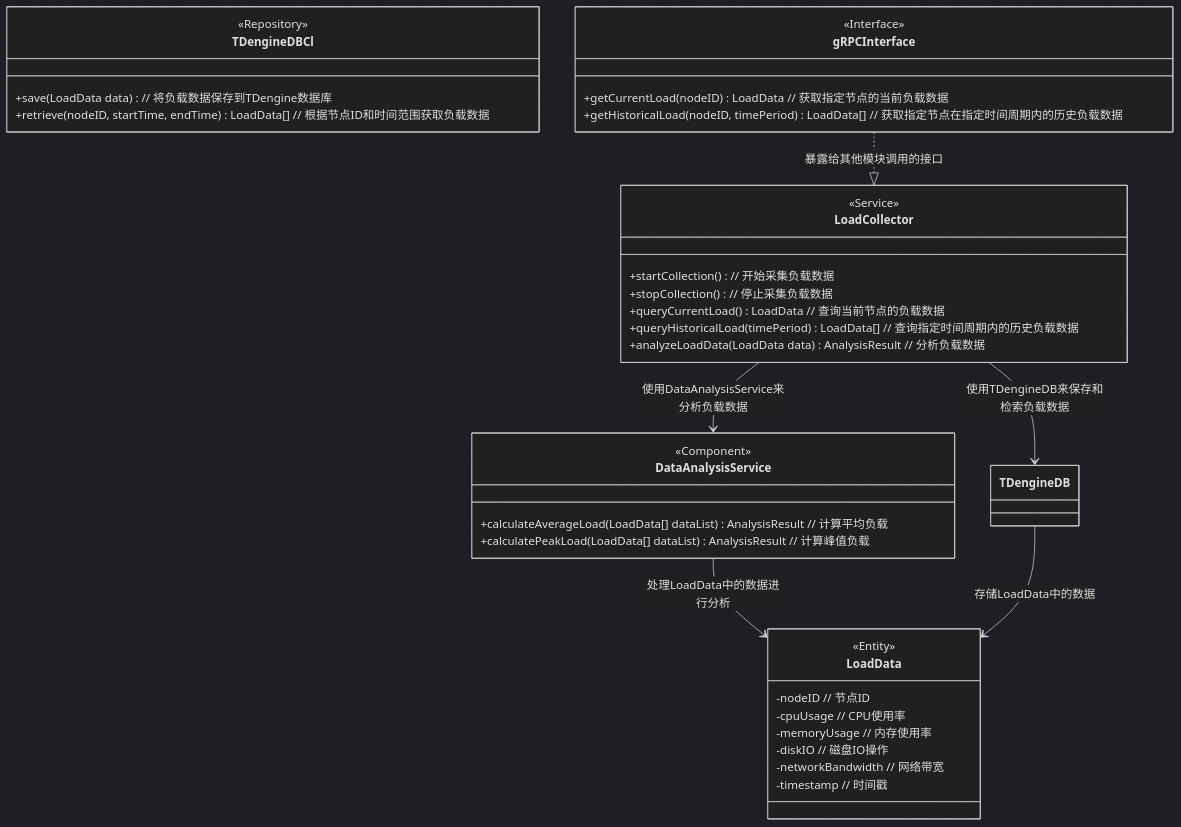
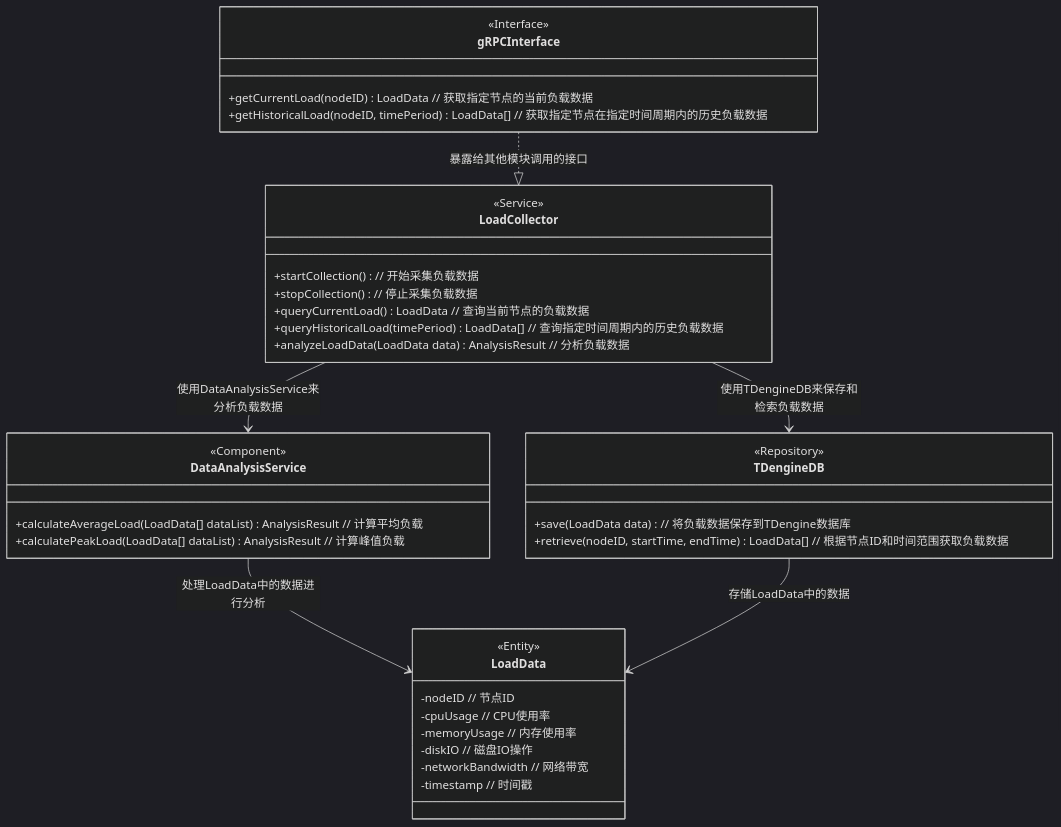
Before and after one commit to jjj960/iodraw-files: the diagram in all/未命名.md, drawn with Mermaid (dark theme).

Commit message:
2025-03-06 17:03:22 update

````diff
--- a/all/未命名.md
+++ b/all/未命名.md
@@ -1,46 +1,46 @@
 ```mermaid
 classDiagram
     class LoadCollector {
         <<Service>> 
         +startCollection()  // 开始采集负载数据
         +stopCollection()  // 停止采集负载数据
         +queryCurrentLoad() LoadData  // 查询当前节点的负载数据
         +queryHistoricalLoad(timePeriod) LoadData[]  // 查询指定时间周期内的历史负载数据
         +analyzeLoadData(LoadData data) AnalysisResult  // 分析负载数据
     }
 
     class LoadData {
         <<Entity>> 
         -nodeID  // 节点ID
         -cpuUsage  // CPU使用率
         -memoryUsage  // 内存使用率
         -diskIO  // 磁盘IO操作
         -networkBandwidth  // 网络带宽
         -timestamp  // 时间戳
     }
 
-    class TDengineDBCl {
+    class TDengineDB {
         <<Repository>>
         +save(LoadData data)  // 将负载数据保存到TDengine数据库
         +retrieve(nodeID, startTime, endTime) LoadData[]  // 根据节点ID和时间范围获取负载数据
     }
 
     class DataAnalysisService {
         <<Component>> 
         +calculateAverageLoad(LoadData[] dataList) AnalysisResult  // 计算平均负载
         +calculatePeakLoad(LoadData[] dataList) AnalysisResult  // 计算峰值负载
     }
 
     LoadCollector --> TDengineDB : 使用TDengineDB来保存和检索负载数据
     LoadCollector --> DataAnalysisService : 使用DataAnalysisService来分析负载数据
     DataAnalysisService --> LoadData : 处理LoadData中的数据进行分析
     TDengineDB --> LoadData : 存储LoadData中的数据
 
     class gRPCInterface {
         <<Interface>> 
         +getCurrentLoad(nodeID) LoadData  // 获取指定节点的当前负载数据
         +getHistoricalLoad(nodeID, timePeriod) LoadData[]  // 获取指定节点在指定时间周期内的历史负载数据
     }
 
     gRPCInterface ..|> LoadCollector : 暴露给其他模块调用的接口
 ```
````
